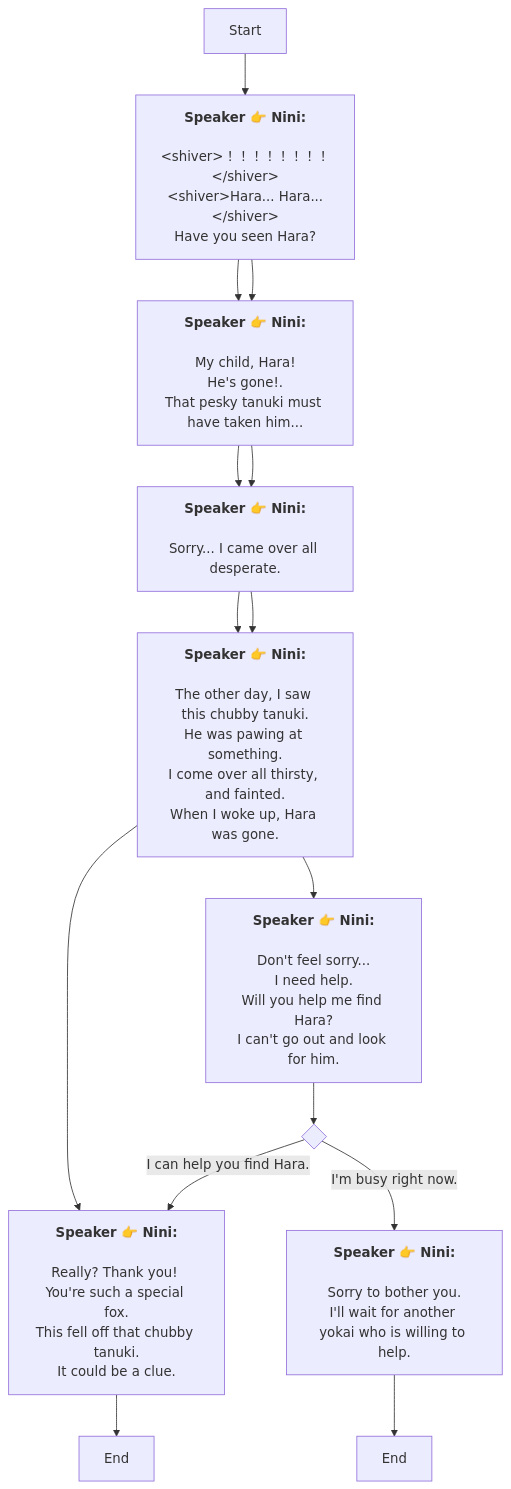
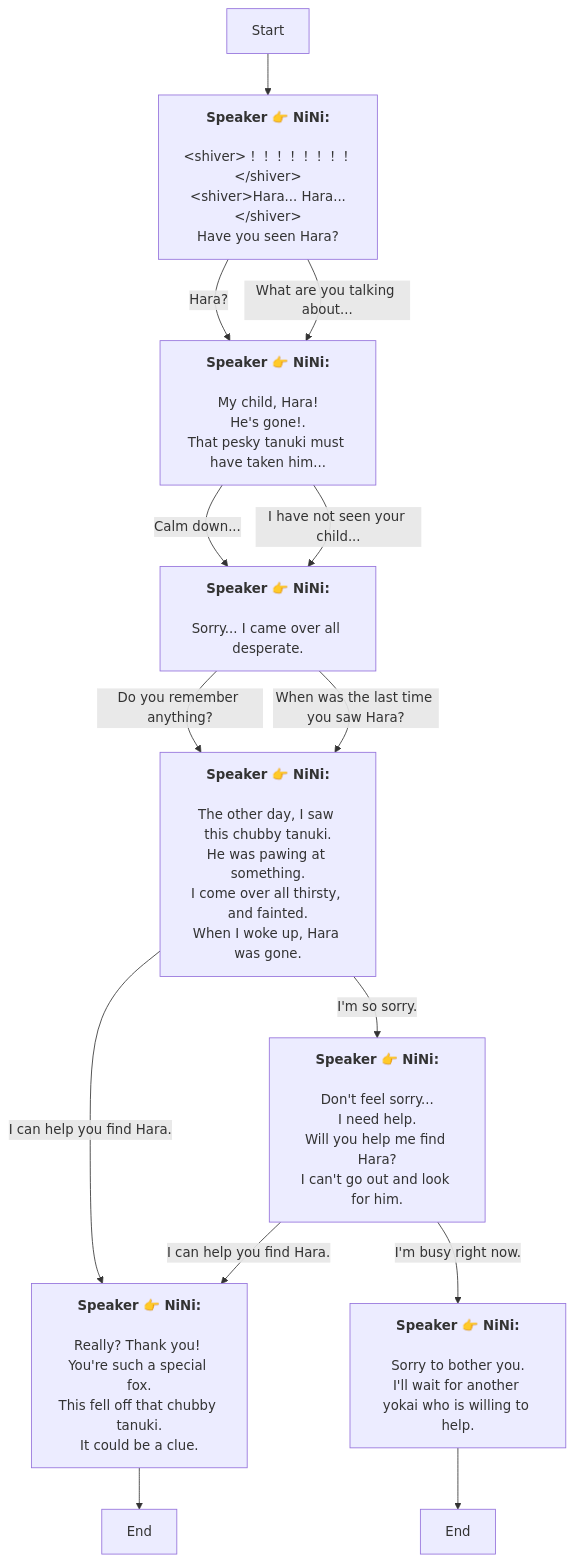
One commit to SoftHu/tos_avg changed the diagram in En/QuestTalkObjectiveNode_1766053212522197.md. Above: the diagram before and after it, drawn with Mermaid. The commit also changed 737 other files, not shown here.

````diff
--- a/En/QuestTalkObjectiveNode_1766053212522197.md
+++ b/En/QuestTalkObjectiveNode_1766053212522197.md
@@ -1,62 +1,41 @@
 ```mermaid
 graph
-Start -->1766053515595483[<b>Speaker 👉 Nini:</b>
-
-&lt;shiver&gt;！！！！！！！！&lt;/shiver&gt;
-&lt;shiver&gt;Hara... Hara...&lt;/shiver&gt;
-Have you seen Hara?]
-1766053515595483 -->1766055012627169[<b>Speaker 👉 Nini:</b>
-
-My child, Hara!
-He's gone!.
-That pesky tanuki must have taken him...]
-1766053515595483 -->1766055012627169[<b>Speaker 👉 Nini:</b>
-
-My child, Hara!
-He's gone!.
-That pesky tanuki must have taken him...]
-1766055012627169 -->1766056153452252[<b>Speaker 👉 Nini:</b>
-
-Sorry... I came over all desperate.]
-1766055012627169 -->1766056153452252[<b>Speaker 👉 Nini:</b>
-
-Sorry... I came over all desperate.]
-1766056153452252 -->1766056200126178[<b>Speaker 👉 Nini:</b>
-
-The other day, I saw this chubby tanuki.
-He was pawing at something.
-I come over all thirsty, and fainted.
+Start -->1766053515595483[<b>Speaker 👉 NiNi:</b>
+\n&lt;shiver&gt;！！！！！！！！&lt;/shiver&gt;\n&lt;shiver&gt;Hara... Hara...&lt;/shiver&gt;\nHave you seen Hara?]
+1766053515595483 -->|Hara?|1766055012627169[<b>Speaker 👉 NiNi:</b>
+\nMy child, Hara!
+He's gone!.\nThat pesky tanuki must have taken him...]
+1766053515595483 -->|What are you talking about...|1766055012627169[<b>Speaker 👉 NiNi:</b>
+\nMy child, Hara!
+He's gone!.\nThat pesky tanuki must have taken him...]
+1766055012627169 -->|Calm down...|1766056153452252[<b>Speaker 👉 NiNi:</b>
+\nSorry... I came over all desperate.]
+1766055012627169 -->|I have not seen your child...|1766056153452252[<b>Speaker 👉 NiNi:</b>
+\nSorry... I came over all desperate.]
+1766056153452252 -->|Do you remember anything?|1766056200126178[<b>Speaker 👉 NiNi:</b>
+\nThe other day, I saw this chubby tanuki.
+He was pawing at something.\nI come over all thirsty, and fainted.
 When I woke up, Hara was gone.]
-1766056153452252 -->1766056200126178[<b>Speaker 👉 Nini:</b>
-
-The other day, I saw this chubby tanuki.
-He was pawing at something.
-I come over all thirsty, and fainted.
+1766056153452252 -->|When was the last time you saw Hara?|1766056200126178[<b>Speaker 👉 NiNi:</b>
+\nThe other day, I saw this chubby tanuki.
+He was pawing at something.\nI come over all thirsty, and fainted.
 When I woke up, Hara was gone.]
-1766056200126178 -->1766056269282024[<b>Speaker 👉 Nini:</b>
-
-Really? Thank you! 
-You're such a special fox.
-This fell off that chubby tanuki.
+1766056200126178 -->|I can help you find Hara.|1766056269282024[<b>Speaker 👉 NiNi:</b>
+\nReally? Thank you! 
+You're such a special fox.\nThis fell off that chubby tanuki.
 It could be a clue.]
-1766056200126178 -->1766056329715434[<b>Speaker 👉 Nini:</b>
-
-Don't feel sorry...
-I need help.
-Will you help me find Hara?
+1766056200126178 -->|I'm so sorry.|1766056329715434[<b>Speaker 👉 NiNi:</b>
+\nDon't feel sorry...
+I need help.\nWill you help me find Hara?
 I can't go out and look for him.]
 1766056269282024 -->1766056308926185[End]
-1766056329715434 -->1766056347334383{ }
-1766056347334383 -->|I can help you find Hara.|1766056269282024[<b>Speaker 👉 Nini:</b>
-
-Really? Thank you! 
-You're such a special fox.
-This fell off that chubby tanuki.
+1766056329715434 -->|I can help you find Hara.|1766056269282024[<b>Speaker 👉 NiNi:</b>
+\nReally? Thank you! 
+You're such a special fox.\nThis fell off that chubby tanuki.
 It could be a clue.]
-1766056347334383 -->|I'm busy right now.|1766056401217265[<b>Speaker 👉 Nini:</b>
-
-Sorry to bother you.
+1766056329715434 -->|I'm busy right now.|1766056401217265[<b>Speaker 👉 NiNi:</b>
+\nSorry to bother you.
 I'll wait for another yokai who is willing to help.]
 1766056401217265 -->1766056390392560[End]
 
- ```
+```
````
